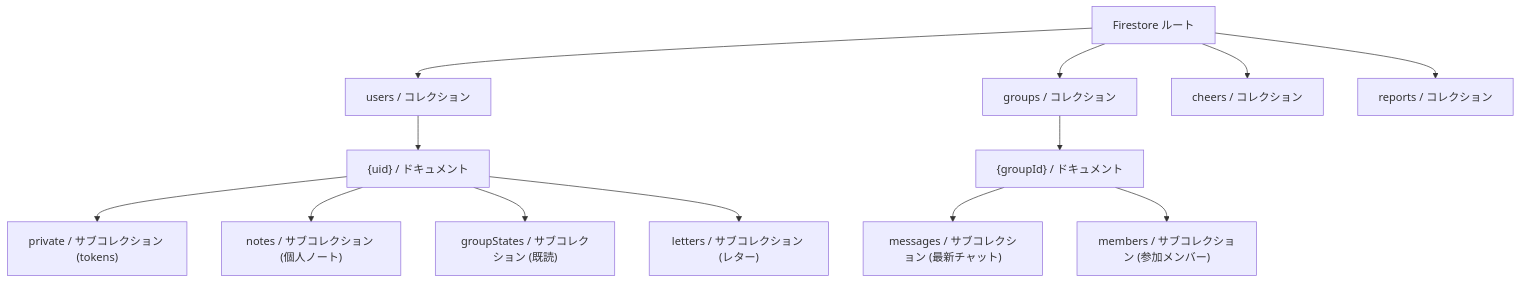
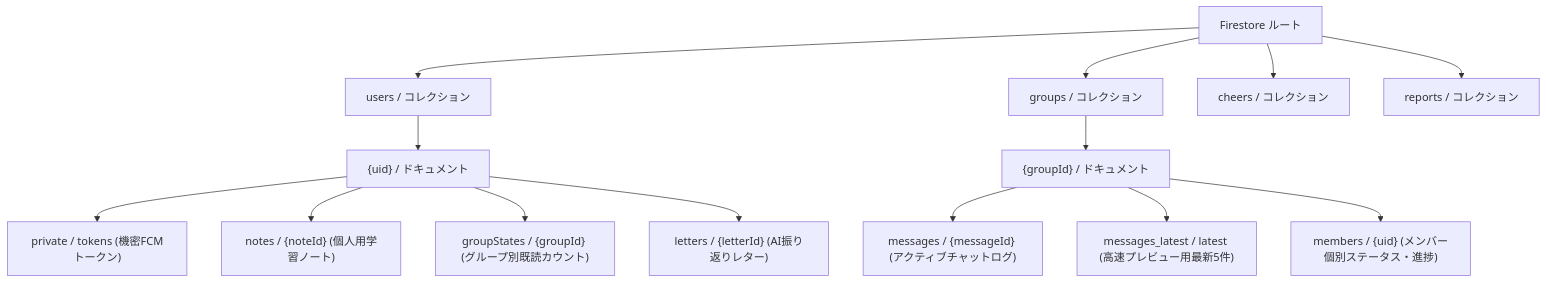
The second of 2 diagrams in docs/ja/database-security.md (ScriptureHabit/scripture-habit), drawn with Mermaid before and after one commit. The commit also changed other lines of this file and 15 other files, not shown here.

Commit message:
docs: enrich ER diagram, add contributor navigation guide, and localize developer scripts to English

````diff
--- a/docs/ja/database-security.md
+++ b/docs/ja/database-security.md
@@ -29,20 +63,21 @@
 ```mermaid
 graph TD
     Root["Firestore ルート"]
 
     Root --> Users["users / コレクション"]
     Root --> Groups["groups / コレクション"]
     Root --> Cheers["cheers / コレクション"]
     Root --> Reports["reports / コレクション"]
 
     Users --> UserDoc["{uid} / ドキュメント"]
     Groups --> GroupDoc["{groupId} / ドキュメント"]
 
-    UserDoc --> Private["private / サブコレクション (tokens)"]
-    UserDoc --> Notes["notes / サブコレクション (個人ノート)"]
-    UserDoc --> GroupStates["groupStates / サブコレクション (既読)"]
-    UserDoc --> Letters["letters / サブコレクション (レター)"]
+    UserDoc --> Private["private / tokens (機密FCMトークン)"]
+    UserDoc --> Notes["notes / {noteId} (個人用学習ノート)"]
+    UserDoc --> GroupStates["groupStates / {groupId} (グループ別既読カウント)"]
+    UserDoc --> Letters["letters / {letterId} (AI振り返りレター)"]
 
-    GroupDoc --> Messages["messages / サブコレクション (最新チャット)"]
-    GroupDoc --> Members["members / サブコレクション (参加メンバー)"]
+    GroupDoc --> Messages["messages / {messageId} (アクティブチャットログ)"]
+    GroupDoc --> MessagesLatest["messages_latest / latest (高速プレビュー用最新5件)"]
+    GroupDoc --> Members["members / {uid} (メンバー個別ステータス・進捗)"]
 ```
````
